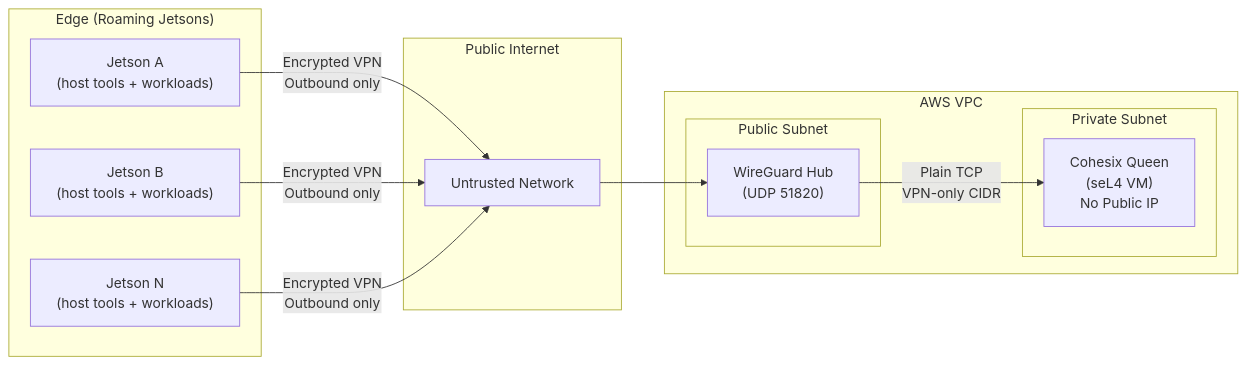
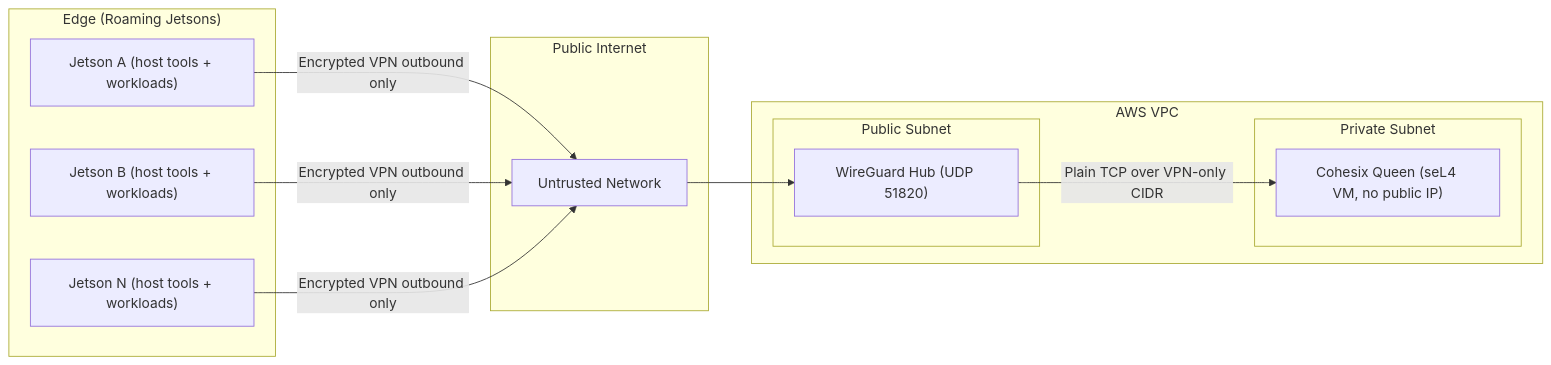
The diagram in docs/NETWORK_CONFIG.md (lukeb-aidev/cohesix), drawn with Mermaid before and after one commit. The commit also changed 100 other files, not shown here.

````diff
--- a/docs/NETWORK_CONFIG.md
+++ b/docs/NETWORK_CONFIG.md
@@ -105,42 +105,42 @@
 ```mermaid
 flowchart LR
   %% ========================
   %% Edge Devices
   %% ========================
   subgraph EDGE["Edge (Roaming Jetsons)"]
-    J1["Jetson A<br />(host tools + workloads)"]
-    J2["Jetson B<br />(host tools + workloads)"]
-    JN["Jetson N<br />(host tools + workloads)"]
+    J1["Jetson A (host tools + workloads)"]
+    J2["Jetson B (host tools + workloads)"]
+    JN["Jetson N (host tools + workloads)"]
   end
 
   %% ========================
   %% Internet
   %% ========================
   subgraph NET["Public Internet"]
     I["Untrusted Network"]
   end
 
   %% ========================
   %% AWS
   %% ========================
   subgraph AWS["AWS VPC"]
     subgraph PUB["Public Subnet"]
-      WG["WireGuard Hub<br />(UDP 51820)"]
+      WG["WireGuard Hub (UDP 51820)"]
     end
 
     subgraph PRIV["Private Subnet"]
-      Q["Cohesix Queen<br />(seL4 VM)<br />No Public IP"]
+      Q["Cohesix Queen (seL4 VM, no public IP)"]
     end
   end
 
   %% ========================
   %% Connectivity
   %% ========================
-  J1 -->|Encrypted VPN<br />Outbound only| I
-  J2 -->|Encrypted VPN<br />Outbound only| I
-  JN -->|Encrypted VPN<br />Outbound only| I
+  J1 -->|Encrypted VPN outbound only| I
+  J2 -->|Encrypted VPN outbound only| I
+  JN -->|Encrypted VPN outbound only| I
 
   I --> WG
 
-  WG -->|Plain TCP<br />VPN-only CIDR| Q
+  WG -->|Plain TCP over VPN-only CIDR| Q
 ```
````
